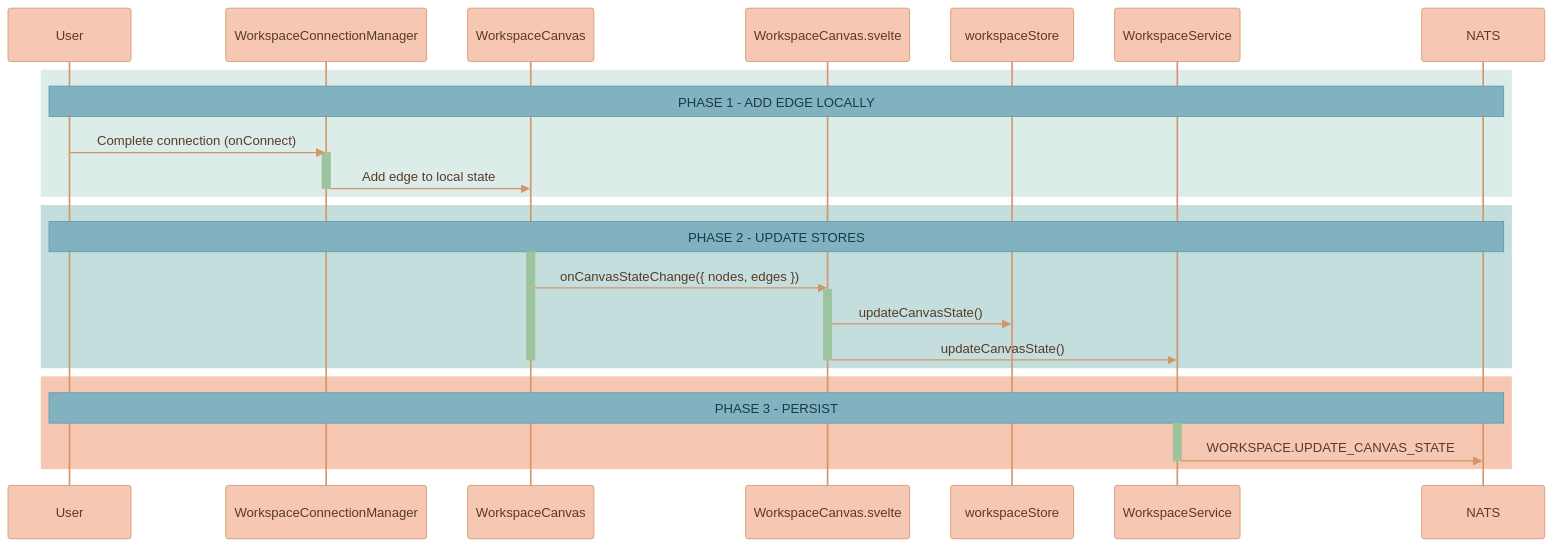
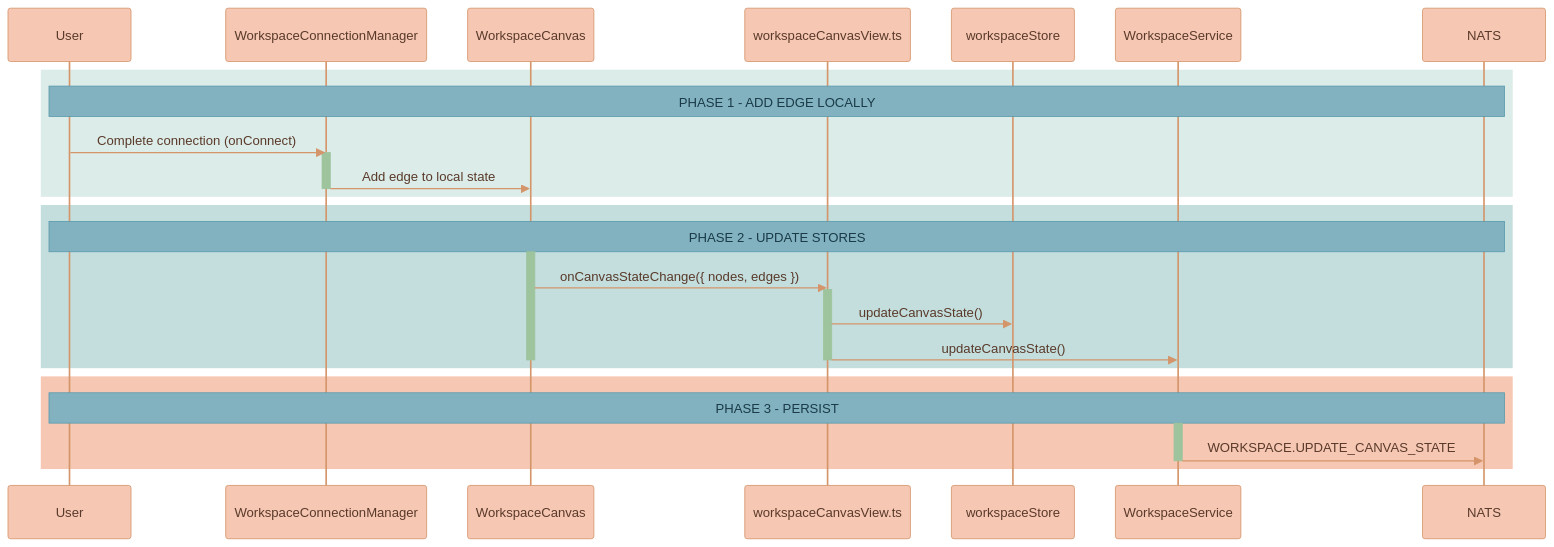
One commit to Lixpi/lixpi changed the sixth of 6 diagrams in documentation/canvas/EDGES-AND-CONNECTIONS.md. Above: the diagram before and after it, drawn with Mermaid. The commit also changed 59 other files, not shown here.

````diff
--- a/documentation/canvas/EDGES-AND-CONNECTIONS.md
+++ b/documentation/canvas/EDGES-AND-CONNECTIONS.md
@@ -265,45 +265,45 @@
 ```mermaid
 %%{init: {'theme': 'base', 'themeVariables': { 'noteBkgColor': '#82B2C0', 'noteTextColor': '#1a3a47', 'noteBorderColor': '#5a9aad', 'actorBkg': '#F6C7B3', 'actorBorder': '#d4956a', 'actorTextColor': '#5a3a2a', 'actorLineColor': '#d4956a', 'signalColor': '#d4956a', 'signalTextColor': '#5a3a2a', 'labelBoxBkgColor': '#F6C7B3', 'labelBoxBorderColor': '#d4956a', 'labelTextColor': '#5a3a2a', 'loopTextColor': '#5a3a2a', 'activationBorderColor': '#9DC49D', 'activationBkgColor': '#9DC49D', 'sequenceNumberColor': '#5a3a2a'}}}%%
 sequenceDiagram
     participant User
     participant WCM as WorkspaceConnectionManager
     participant WC as WorkspaceCanvas
-    participant Svelte as WorkspaceCanvas.svelte
+    participant Host as workspaceCanvasView.ts
     participant Store as workspaceStore
     participant WSvc as WorkspaceService
     participant NATS
     %% ═══════════════════════════════════════════════════════════════
     %% PHASE 1: ADD EDGE LOCALLY
     %% ═══════════════════════════════════════════════════════════════
     rect rgb(220, 236, 233)
         Note over User, NATS: PHASE 1 - ADD EDGE LOCALLY
         User->>WCM: Complete connection (onConnect)
         activate WCM
         WCM->>WC: Add edge to local state
         deactivate WCM
     end
 
     %% ═══════════════════════════════════════════════════════════════
     %% PHASE 2: UPDATE STORES
     %% ═══════════════════════════════════════════════════════════════
     rect rgb(195, 222, 221)
         Note over User, NATS: PHASE 2 - UPDATE STORES
         activate WC
-        WC->>Svelte: onCanvasStateChange({ nodes, edges })
-        activate Svelte
-        Svelte->>Store: updateCanvasState()
-        Svelte->>WSvc: updateCanvasState()
-        deactivate Svelte
+        WC->>Host: onCanvasStateChange({ nodes, edges })
+        activate Host
+        Host->>Store: updateCanvasState()
+        Host->>WSvc: updateCanvasState()
+        deactivate Host
         deactivate WC
     end
 
     %% ═══════════════════════════════════════════════════════════════
     %% PHASE 3: PERSIST
     %% ═══════════════════════════════════════════════════════════════
     rect rgb(246, 199, 179)
         Note over User, NATS: PHASE 3 - PERSIST
         activate WSvc
         WSvc->>NATS: WORKSPACE.UPDATE_CANVAS_STATE
         deactivate WSvc
     end
 ```
````
